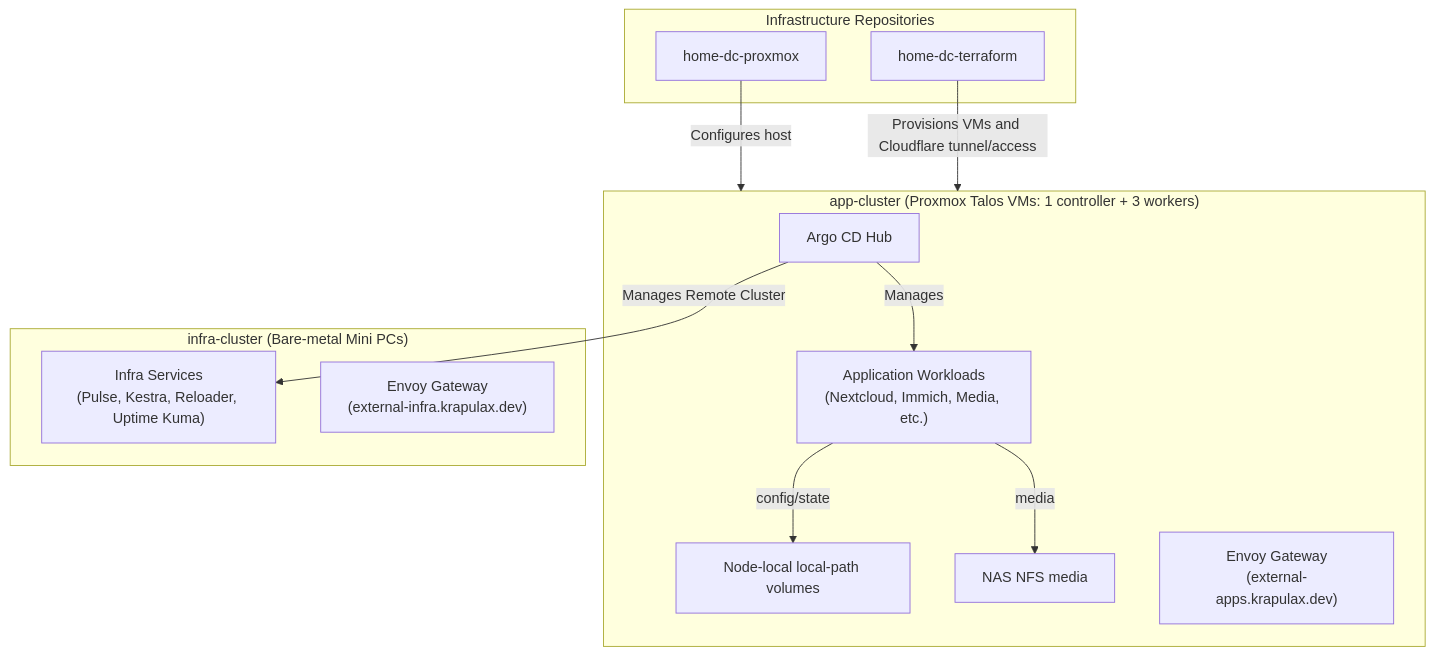
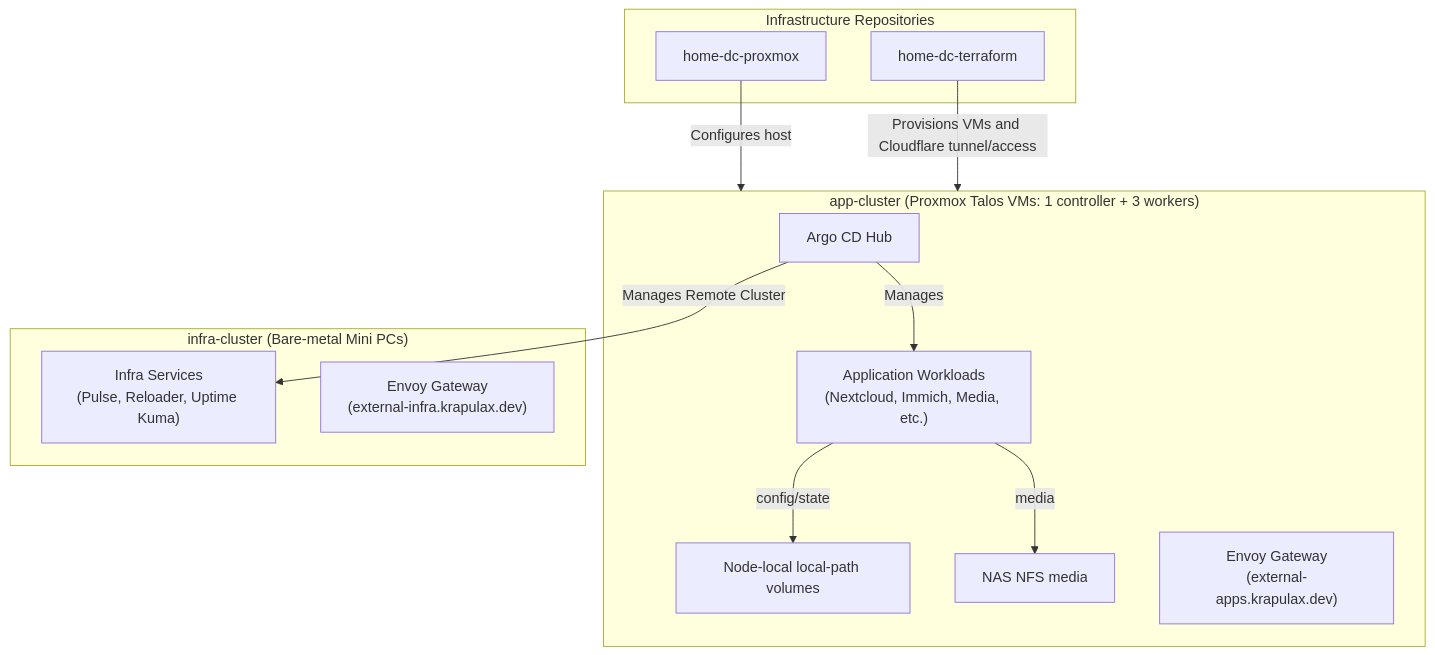
Before and after one commit to fabricesemti80/home-dc-kubernetes: the diagram in docs/cluster/installation.md, drawn with Mermaid. The commit also changed 56 other files, not shown here.

````diff
--- a/docs/cluster/installation.md
+++ b/docs/cluster/installation.md
@@ -11,27 +11,27 @@
 ```mermaid
 flowchart TD
     subgraph App["app-cluster (Proxmox Talos VMs: 1 controller + 3 workers)"]
         ArgoCD["Argo CD Hub"]
         AppWorkloads["Application Workloads\n(Nextcloud, Immich, Media, etc.)"]
         LocalPath["Node-local local-path volumes"]
         NFS["NAS NFS media"]
         EnvoyApp["Envoy Gateway\n(external-apps.krapulax.dev)"]
         ArgoCD -->|Manages| AppWorkloads
         AppWorkloads -->|config/state| LocalPath
         AppWorkloads -->|media| NFS
     end
 
     subgraph Infra["infra-cluster (Bare-metal Mini PCs)"]
-        InfraWorkloads["Infra Services\n(Pulse, Kestra, Reloader, Uptime Kuma)"]
+        InfraWorkloads["Infra Services\n(Pulse, Reloader, Uptime Kuma)"]
         EnvoyInfra["Envoy Gateway\n(external-infra.krapulax.dev)"]
     end
 
     subgraph InfraRepos["Infrastructure Repositories"]
         PVE[home-dc-proxmox]
         OpenTofu[home-dc-terraform]
     end
 
     ArgoCD -->|Manages Remote Cluster| InfraWorkloads
     PVE -->|Configures host| App
     OpenTofu -->|Provisions VMs and Cloudflare tunnel/access| App
 ```
````
